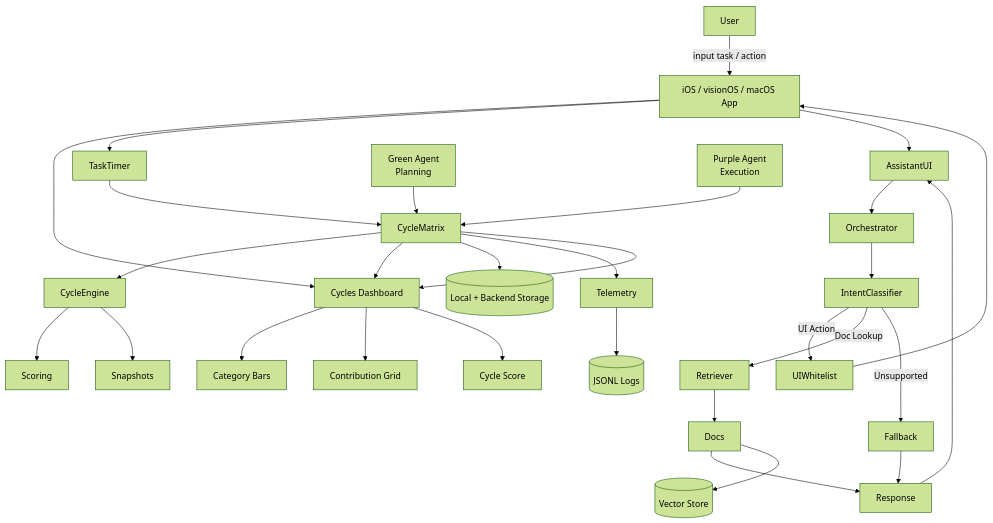
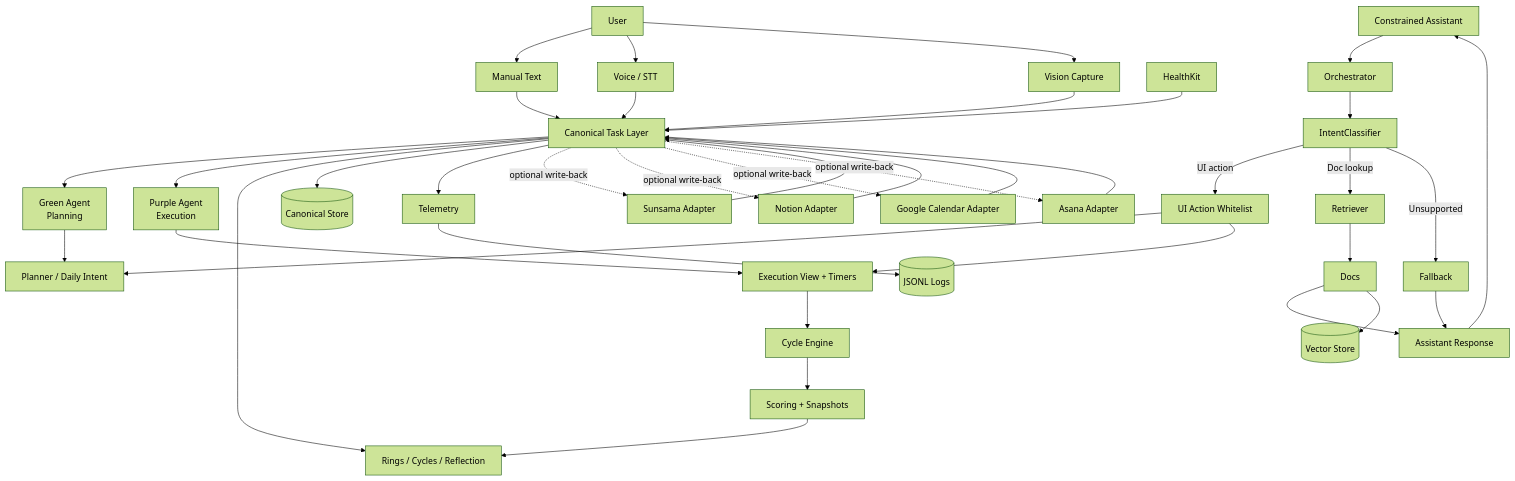
Before and after one commit to erinjerri/timebite-platform: the diagram in docs/system-architecture.md, drawn with Mermaid (forest theme). The commit also changed other lines of this file and 2 other files, not shown here.

Commit message:
Align platform IA around canonical task layer

````diff
--- a/docs/system-architecture.md
+++ b/docs/system-architecture.md
@@ -9,52 +9,49 @@
 ```mermaid
 flowchart TD
-    %% USER
-    User -->|input task / action| App
+    User["User"] --> Manual["Manual Text"]
+    User --> Voice["Voice / STT"]
+    User --> Vision["Vision Capture"]
 
-    %% APP LAYER
-    App["iOS / visionOS / macOS App"]
-    App --> CyclesUI["Cycles Dashboard"]
-    App --> TaskTimer
-    App --> AssistantUI
+    Health["HealthKit"] --> Canonical
+    Sunsama["Sunsama Adapter"] --> Canonical
+    Notion["Notion Adapter"] --> Canonical
+    GCal["Google Calendar Adapter"] --> Canonical
+    Asana["Asana Adapter"] --> Canonical
 
-    %% CORE LOOP
-    TaskTimer --> CycleMatrix
-    CycleMatrix --> CycleEngine
-    CycleEngine --> Scoring
-    CycleEngine --> Snapshots
-    CycleMatrix --> CyclesUI
+    Manual --> Canonical["Canonical Task Layer"]
+    Voice --> Canonical
+    Vision --> Canonical
 
-    %% UI COMPONENTS
-    CyclesUI --> Bars["Category Bars"]
-    CyclesUI --> Grid["Contribution Grid"]
-    CyclesUI --> Score["Cycle Score"]
+    Canonical --> GreenAgent["Green Agent<br/>Planning"]
+    Canonical --> PurpleAgent["Purple Agent<br/>Execution"]
 
-    %% AGENTS
-    GreenAgent["Green Agent<br/>Planning"]
-    PurpleAgent["Purple Agent<br/>Execution"]
-    GreenAgent --> CycleMatrix
-    PurpleAgent --> CycleMatrix
+    GreenAgent --> PlannerUI["Planner / Daily Intent"]
+    PurpleAgent --> ExecutionUI["Execution View + Timers"]
+    Canonical --> CyclesUI["Rings / Cycles / Reflection"]
 
-    %% ASSISTANT (TIGHT RAG)
-    AssistantUI --> Orchestrator
+    ExecutionUI --> CycleEngine["Cycle Engine"]
+    CycleEngine --> Scoring["Scoring + Snapshots"]
+    Scoring --> CyclesUI
+
+    AssistantUI["Constrained Assistant"] --> Orchestrator
     Orchestrator --> IntentClassifier
-    IntentClassifier -->|UI Action| UIWhitelist
-    IntentClassifier -->|Doc Lookup| Retriever
-    IntentClassifier -->|Unsupported| Fallback
-    UIWhitelist --> App
-    Retriever --> Docs
-    Docs --> Response
+    IntentClassifier -->|UI action| UIWhitelist["UI Action Whitelist"]
+    IntentClassifier -->|Doc lookup| Retriever["Retriever"]
+    IntentClassifier -->|Unsupported| Fallback["Fallback"]
+    UIWhitelist --> PlannerUI
+    UIWhitelist --> ExecutionUI
+    Retriever --> Docs["Docs"]
+    Docs --> Response["Assistant Response"]
     Fallback --> Response
     Response --> AssistantUI
 
-    %% DATA
-    CycleMatrix --> Storage[(Local + Backend Storage)]
+    Canonical --> Storage[(Canonical Store)]
     Docs --> VectorDB[(Vector Store)]
-
-    %% TELEMETRY
-    CycleMatrix --> Telemetry
+    Canonical --> Telemetry["Telemetry"]
     Telemetry --> Logs[(JSONL Logs)]
 
-    %% OUTPUT
-    CycleMatrix --> CyclesUI
+    Canonical -. optional write-back .-> Sunsama
+    Canonical -. optional write-back .-> Notion
+    Canonical -. optional write-back .-> GCal
+    Canonical -. optional write-back .-> Asana
 ```
````
